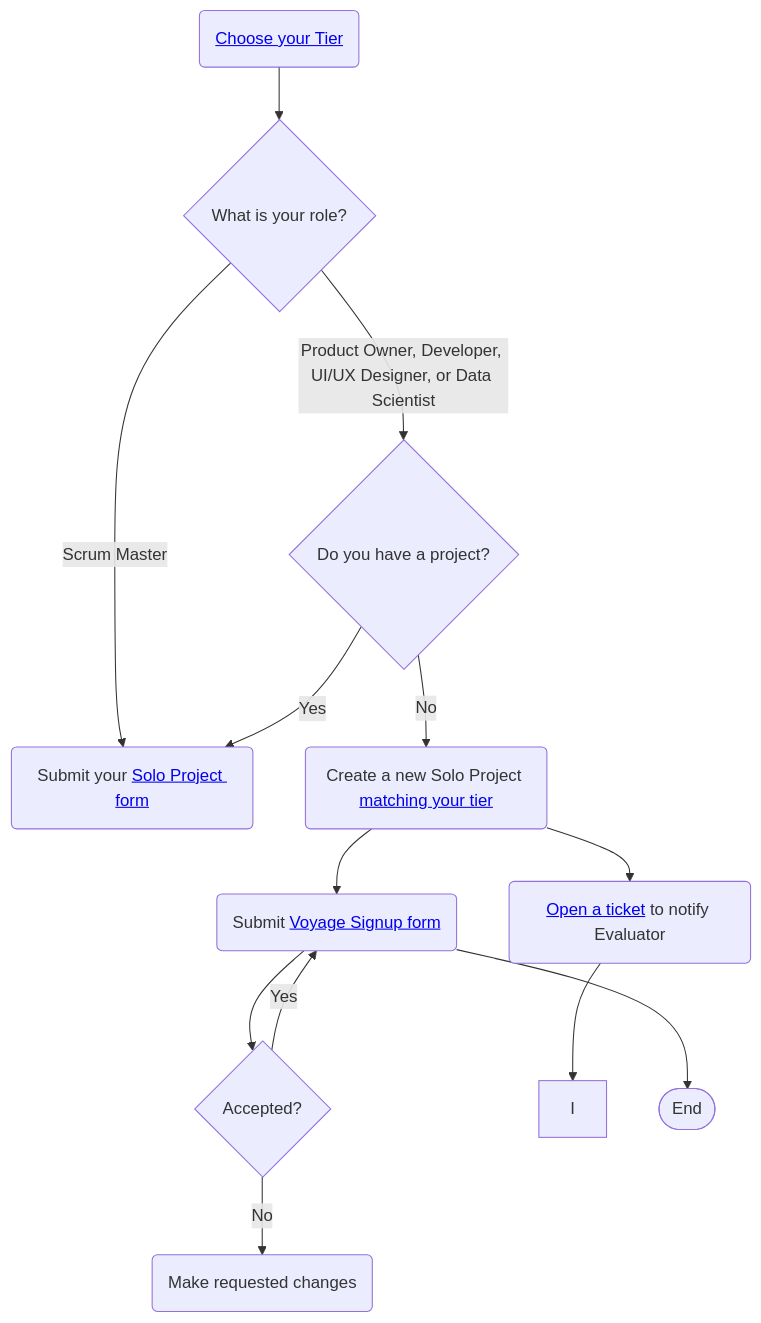
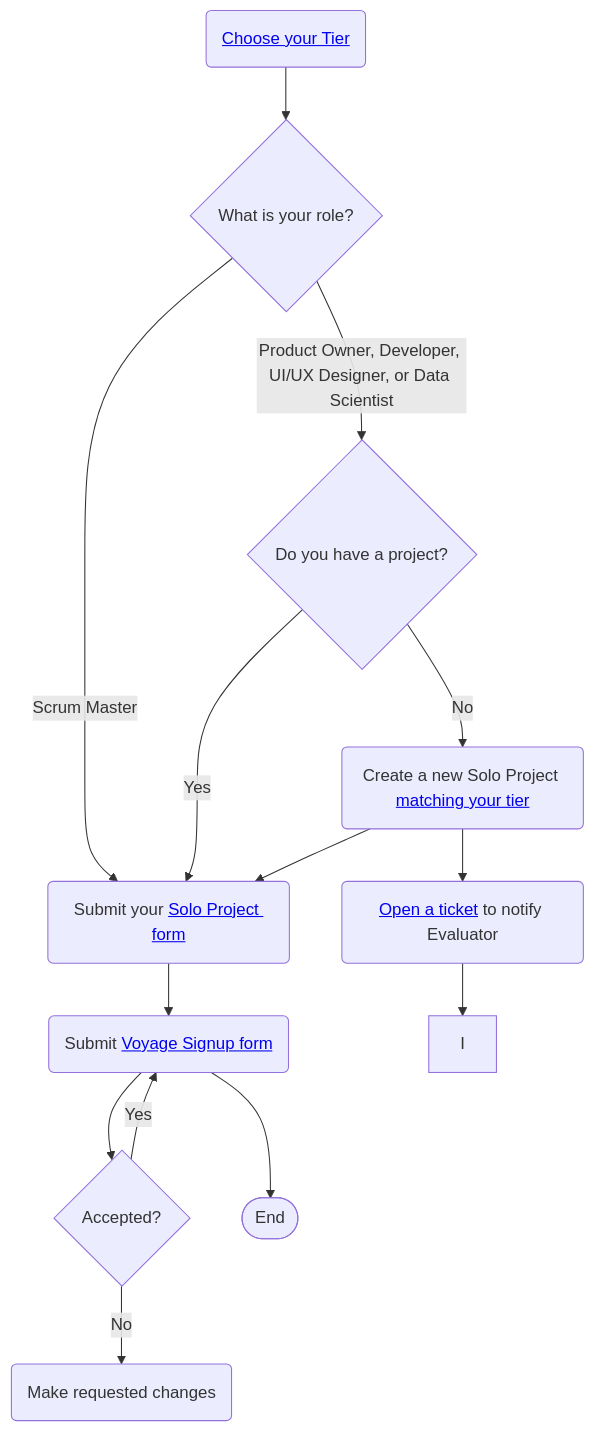
One commit to chingu-voyages/Handbook changed the diagram in docs/guides/soloproject/soloproject.md. Above: the diagram before and after it, drawn with Mermaid.

Commit message:
Feature: Refine Solo Project flowchart

````diff
--- a/docs/guides/soloproject/soloproject.md
+++ b/docs/guides/soloproject/soloproject.md
@@ -17,17 +17,18 @@
 ```mermaid
 graph TB
     A(<a href='https://github.com/chingu-voyages/Handbook/blob/main/docs/guides/soloproject/soloproject.md#1-choose-your-tier-1%EF%B8%8F%E2%83%A3-2%EF%B8%8F%E2%83%A3-3%EF%B8%8F%E2%83%A3'>Choose your Tier</a>) --> B{What is your role?}
     B -- Scrum Master --> G
     B -- Product Owner, Developer, UI/UX Designer, or Data Scientist --> F{Do you have a project?}
     F -- Yes --> G(Submit your <a href='https://forms.gle/D3Nu1VvfH3FDFBRr6'>Solo Project form</a>)
     F -- No --> H(Create a new Solo Project <a href='https://github.com/chingu-voyages/Handbook/blob/main/docs/guides/soloproject/soloproject.md#2-submit-a-project-that-matches-your-tier-'>matching your tier</a>)
-    H --> K(Evaluator DMs feedback in Discord)
+    H --> G
+    G --> K(Evaluator DMs feedback in Discord)
 
     K --> J{Accepted?};
     J -- Yes --> K(Submit <a href='https://forms.gle/dFaNuYWAjARd99qo8' target='_blank'>Voyage Signup form</a>);
     J -- No --> L(Make requested changes);
     H --> M(<a href='https://discord.com/channels/330284646283608064/1193342042080817323' target='_blank'>Open a ticket</a> to notify Evaluator);
     M --> I;
 
     K --> Z([End]);
 ```
````
